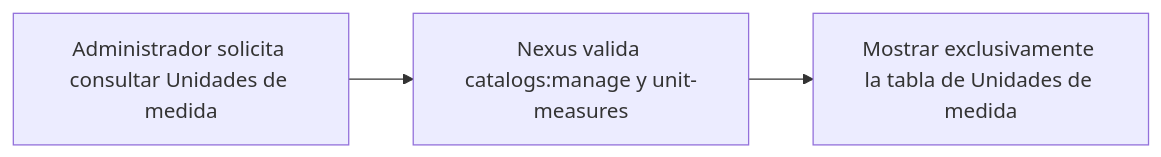
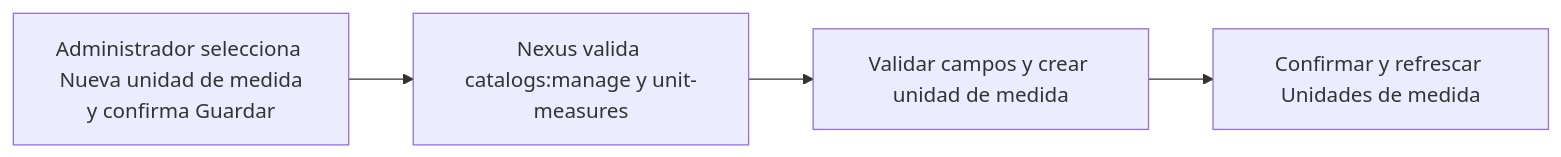
Before and after one commit to gpgsistemas01/nexus: the diagram in docs/requirements/diagrams/catalogs/cu-cat-19.md, drawn with Mermaid. The commit also changed other lines of this file and 167 other files, not shown here.

````diff
--- a/docs/requirements/diagrams/catalogs/cu-cat-19.md
+++ b/docs/requirements/diagrams/catalogs/cu-cat-19.md
@@ -3,5 +3,6 @@
 ```mermaid
 flowchart LR
-    request["Administrador solicita consultar Unidades de medida"] --> authorize["Nexus valida catalogs:manage y unit-measures"]
-    authorize --> result["Mostrar exclusivamente la tabla de Unidades de medida"]
+    request["Administrador selecciona Nueva unidad de medida<br/>y confirma Guardar"] --> authorize["Nexus valida catalogs:manage y unit-measures"]
+    authorize --> persist["Validar campos y crear unidad de medida"]
+    persist --> result["Confirmar y refrescar Unidades de medida"]
 ```
````
